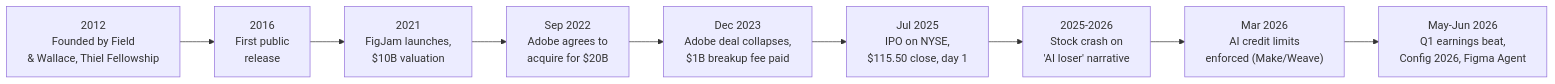
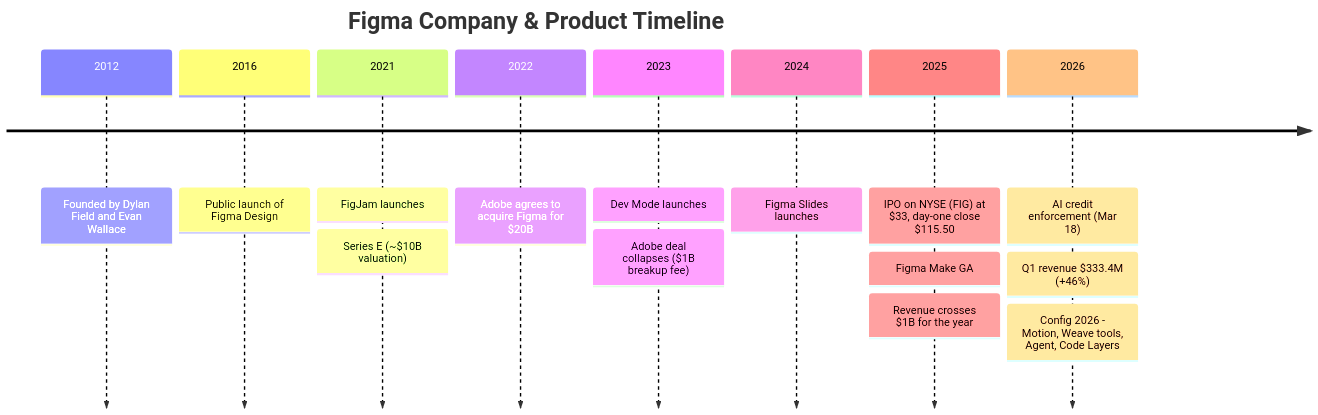
The first of 6 diagrams in Case Studies/Day-17-Figma/README.md (gaurav-product/product-management-case-studies), drawn with Mermaid before and after one commit. The commit also changed other lines of this file, not shown here.

````diff
--- a/Case Studies/Day-17-Figma/README.md
+++ b/Case Studies/Day-17-Figma/README.md
@@ -150,11 +155,12 @@
 ```mermaid
-flowchart LR
-    A["2012<br/>Founded by Field<br/>& Wallace, Thiel Fellowship"] --> B["2016<br/>First public<br/>release"]
-    B --> C["2021<br/>FigJam launches,<br/>$10B valuation"]
-    C --> D["Sep 2022<br/>Adobe agrees to<br/>acquire for $20B"]
-    D --> E["Dec 2023<br/>Adobe deal collapses,<br/>$1B breakup fee paid"]
-    E --> F["Jul 2025<br/>IPO on NYSE,<br/>$115.50 close, day 1"]
-    F --> G["2025-2026<br/>Stock crash on<br/>'AI loser' narrative"]
-    G --> H["Mar 2026<br/>AI credit limits<br/>enforced (Make/Weave)"]
-    H --> I["May-Jun 2026<br/>Q1 earnings beat,<br/>Config 2026, Figma Agent"]
+timeline
+    title Figma Company & Product Timeline
+    2012 : Founded by Dylan Field and Evan Wallace
+    2016 : Public launch of Figma Design
+    2021 : FigJam launches : Series E (~$10B valuation)
+    2022 : Adobe agrees to acquire Figma for $20B
+    2023 : Dev Mode launches : Adobe deal collapses ($1B breakup fee)
+    2024 : Figma Slides launches
+    2025 : IPO on NYSE (FIG) at $33, day-one close $115.50 : Figma Make GA : Revenue crosses $1B for the year
+    2026 : AI credit enforcement (Mar 18) : Q1 revenue $333.4M (+46%) : Config 2026 - Motion, Weave tools, Agent, Code Layers
 ```
````
